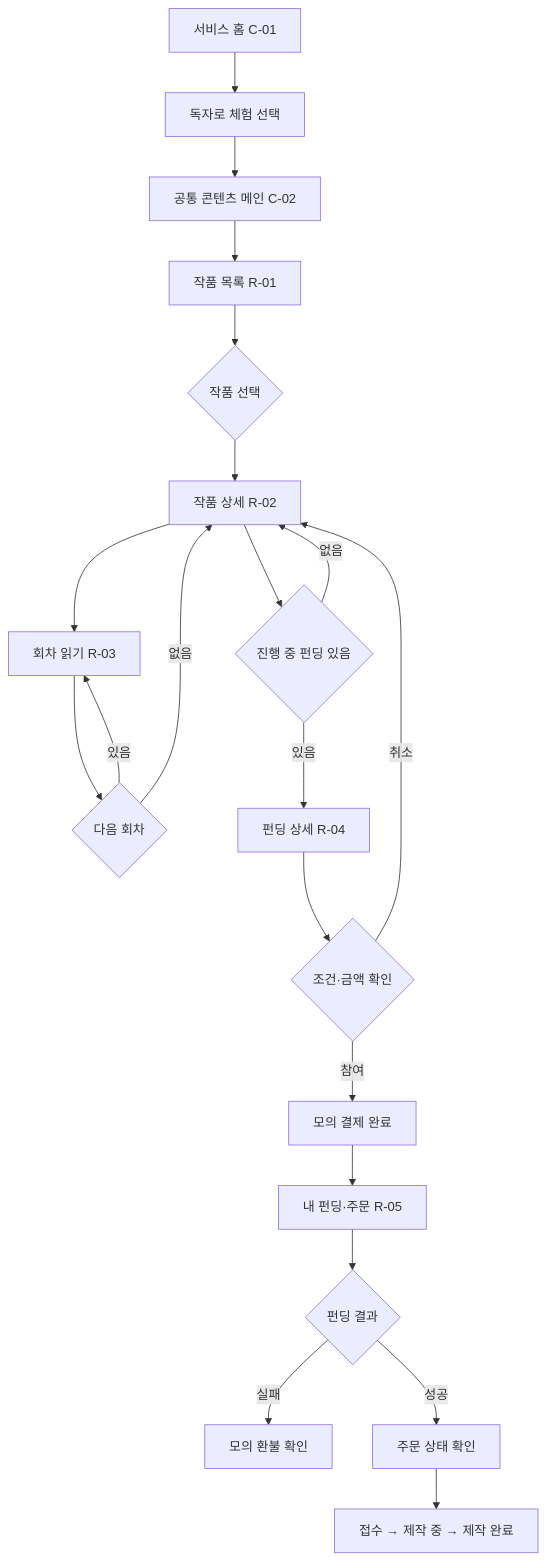
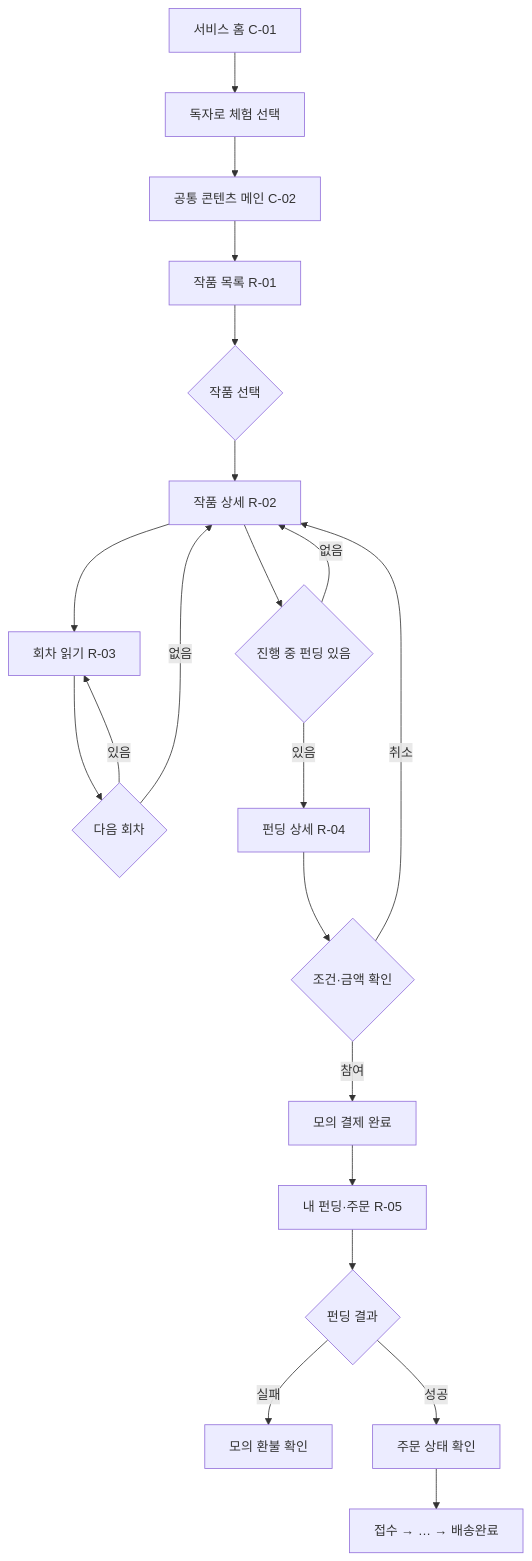
The first of 3 diagrams in docs/05_화면_정의서.md (021Skyfall/novelkeep), drawn with Mermaid before and after one commit. The commit also changed other lines of this file and 63 other files, not shown here.

````diff
--- a/docs/05_화면_정의서.md
+++ b/docs/05_화면_정의서.md
@@ -368,23 +380,23 @@
 ```mermaid
 flowchart TD
     A["서비스 홈 C-01"] --> A1["독자로 체험 선택"]
     A1 --> A2["공통 콘텐츠 메인 C-02"]
     A2 --> B["작품 목록 R-01"]
     B --> C{"작품 선택"}
     C --> D["작품 상세 R-02"]
     D --> E["회차 읽기 R-03"]
     E --> F{"다음 회차"}
     F -->|있음| E
     F -->|없음| D
     D --> G{"진행 중 펀딩 있음"}
     G -->|없음| D
     G -->|있음| H["펀딩 상세 R-04"]
     H --> I{"조건·금액 확인"}
     I -->|취소| D
     I -->|참여| J["모의 결제 완료"]
     J --> K["내 펀딩·주문 R-05"]
     K --> L{"펀딩 결과"}
     L -->|실패| M["모의 환불 확인"]
     L -->|성공| N["주문 상태 확인"]
-    N --> O["접수 → 제작 중 → 제작 완료"]
+    N --> O["접수 → … → 배송완료"]
 ```
````
